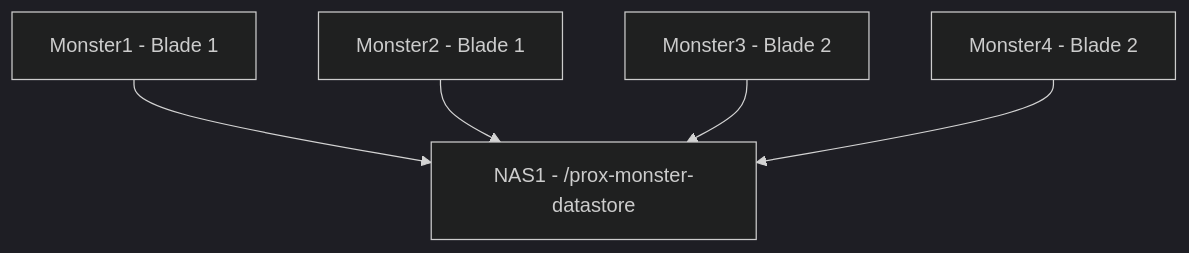
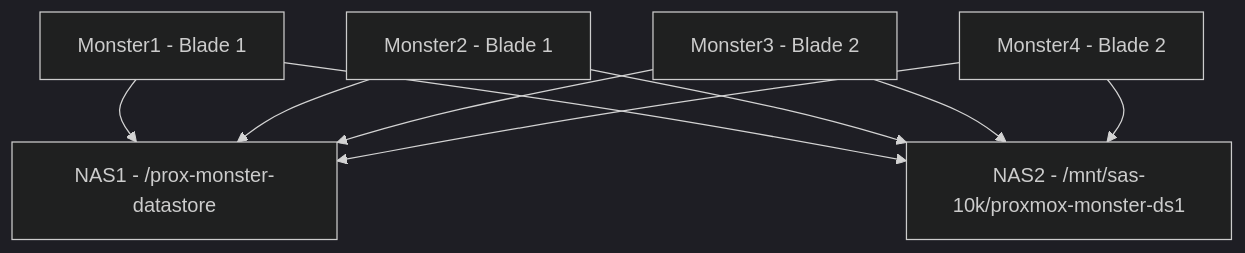
Before and after one commit to leigh-hackspace/HackspaceWiki: the second of 2 diagrams in docs/infrastructure/devices/proxmox/index.md, drawn with Mermaid (dark theme). The commit also changed other lines of this file, not shown here.

Commit message:
Update Proxmox

````diff
--- a/docs/infrastructure/devices/proxmox/index.md
+++ b/docs/infrastructure/devices/proxmox/index.md
@@ -41,13 +41,18 @@
 ```mermaid
 graph 
     MON1[Monster1 - Blade 1]
     MON2[Monster2 - Blade 1]
     MON3[Monster3 - Blade 2]
     MON4[Monster4 - Blade 2]
     NAS[NAS1 - /prox-monster-datastore]
+    NAS2[NAS2 - /mnt/sas-10k/proxmox-monster-ds1]
 
     MON1 --> NAS
     MON2 --> NAS
     MON3 --> NAS
     MON4 --> NAS
+    MON1 --> NAS2
+    MON2 --> NAS2
+    MON3 --> NAS2
+    MON4 --> NAS2
 ```
````
